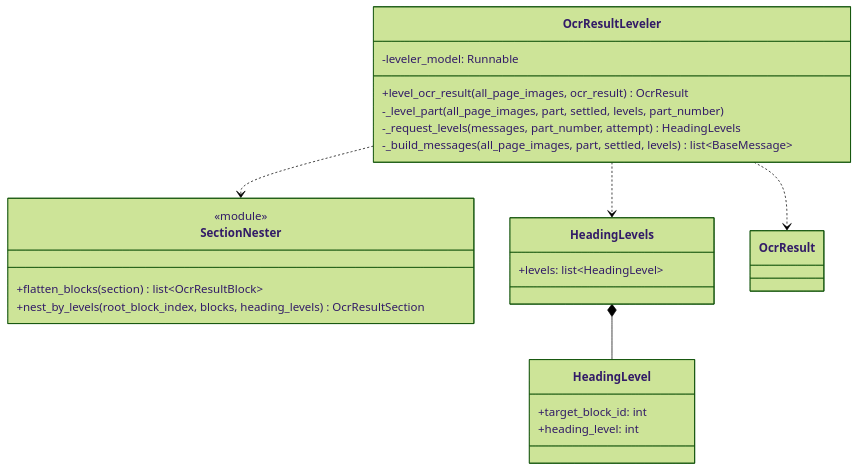
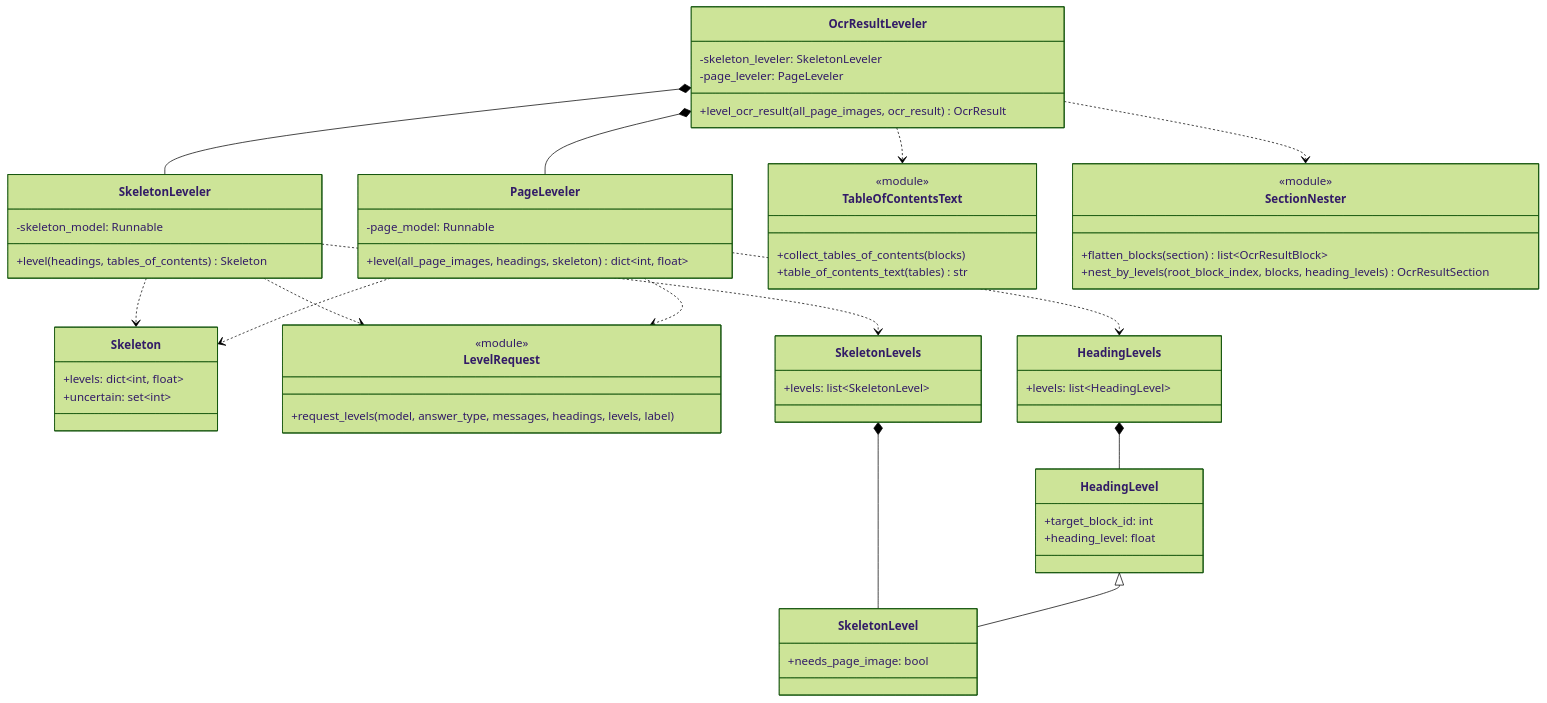
One commit to konbraphat51/SuperSuat changed the first of 2 diagrams in Uploader/Leveler/Docs/Leveler.ja.md. Above: the diagram before and after it, drawn with Mermaid (forest theme). The commit also changed other lines of this file and 1 other file, not shown here.

Commit message:
docs: describe the leveler's skeleton from text and tables of contents, and the open headings decided from their pages

````diff
--- a/Uploader/Leveler/Docs/Leveler.ja.md
+++ b/Uploader/Leveler/Docs/Leveler.ja.md
@@ -22,26 +34,60 @@
 ```mermaid
 classDiagram
     class OcrResultLeveler {
-        -leveler_model: Runnable
+        -skeleton_leveler: SkeletonLeveler
+        -page_leveler: PageLeveler
         +level_ocr_result(all_page_images, ocr_result) OcrResult
-        -_level_part(all_page_images, part, settled, levels, part_number)
-        -_request_levels(messages, part_number, attempt) HeadingLevels
-        -_build_messages(all_page_images, part, settled, levels) list~BaseMessage~
+    }
+    class SkeletonLeveler {
+        -skeleton_model: Runnable
+        +level(headings, tables_of_contents) Skeleton
+    }
+    class PageLeveler {
+        -page_model: Runnable
+        +level(all_page_images, headings, skeleton) dict~int, float~
+    }
+    class Skeleton {
+        +levels: dict~int, float~
+        +uncertain: set~int~
+    }
+    class LevelRequest {
+        <<module>>
+        +request_levels(model, answer_type, messages, headings, levels, label)
+    }
+    class TableOfContentsText {
+        <<module>>
+        +collect_tables_of_contents(blocks)
+        +table_of_contents_text(tables) str
     }
     class SectionNester {
         <<module>>
         +flatten_blocks(section) list~OcrResultBlock~
         +nest_by_levels(root_block_index, blocks, heading_levels) OcrResultSection
     }
+    class SkeletonLevels {
+        +levels: list~SkeletonLevel~
+    }
     class HeadingLevels {
         +levels: list~HeadingLevel~
     }
     class HeadingLevel {
         +target_block_id: int
-        +heading_level: int
+        +heading_level: float
     }
+    class SkeletonLevel {
+        +needs_page_image: bool
+    }
+    OcrResultLeveler *-- SkeletonLeveler
+    OcrResultLeveler *-- PageLeveler
     OcrResultLeveler ..> SectionNester
-    OcrResultLeveler ..> HeadingLevels
-    OcrResultLeveler ..> OcrResult
+    OcrResultLeveler ..> TableOfContentsText
+    SkeletonLeveler ..> Skeleton
+    SkeletonLeveler ..> LevelRequest
+    SkeletonLeveler ..> SkeletonLevels
+    PageLeveler ..> Skeleton
+    PageLeveler ..> LevelRequest
+    PageLeveler ..> HeadingLevels
+    SkeletonLevels *-- SkeletonLevel
     HeadingLevels *-- HeadingLevel
+    HeadingLevel <|-- SkeletonLevel
 ```
````
